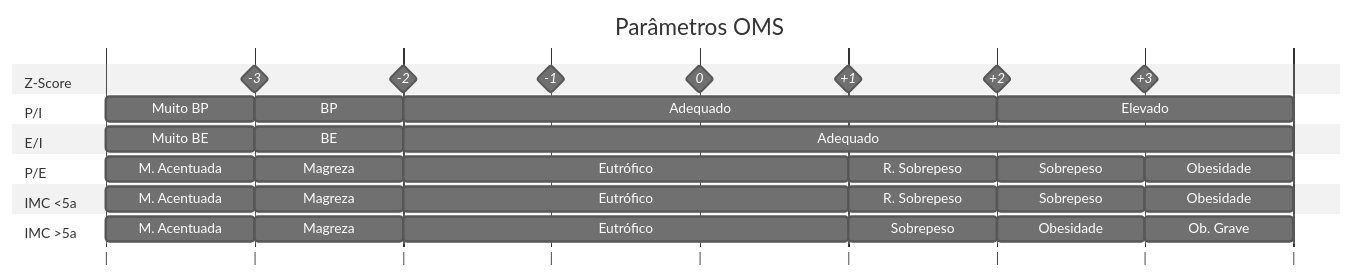
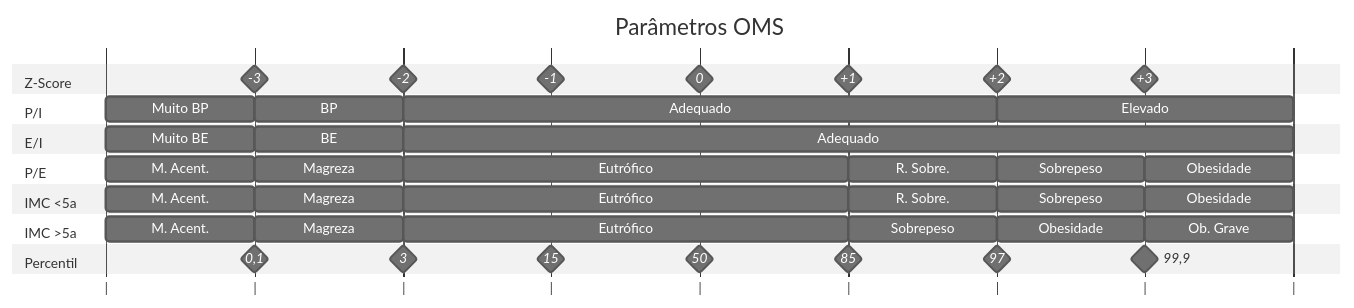
The diagram in 00_Inbox/Distúrbios do Crescimento - MEDCURSO.md (brenodantas10/MedEstudo), drawn with Mermaid (neutral theme) before and after one commit. The commit also changed other lines of this file and 3 other files, not shown here.

````diff
--- a/00_Inbox/Distúrbios do Crescimento - MEDCURSO.md
+++ b/00_Inbox/Distúrbios do Crescimento - MEDCURSO.md
@@ -22,49 +23,57 @@
 ```mermaid
 ---
 displayMode : compact
 ---
 gantt
 	title Parâmetros OMS
 	dateFormat s
 	axisFormat |
 	tickInterval 1second
 	
 	section Z-Score
 	    -3      : milestone, zn3, 1, 0s
 	    -2      : milestone, zn2, 2, 0s
 	    -1      : milestone, zn1, 3, 0s
 		0       : milestone, z0,  4, 0s
 		+1      : milestone, z1,  5, 0s
 		+2      : milestone, z2,  6, 0s
 		+3      : milestone, z3,  7, 0s
 	section P/I
 		Muito BP : a1, 0, 1
 		BP       : a2, after a1, 2
 		Adequado : a3, after a2, 6
 		Elevado  : a4, after a3, 8
 	section E/I
 		Muito BE : b1, 0, 1
 		BE       : b2, after b1, 2
 		Adequado : B3, after b2, 8
 	section P/E
-		M. Acentuada      : c1, 0, 1
+		M. Acent.         : c1, 0, 1
 		Magreza           : c2, after c1, 2
 		Eutrófico         : c3, after c2, 5
-		R. Sobrepeso      : c4, after c3, 6
+		R. Sobre.         : c4, after c3, 6
 		Sobrepeso         : c5, after c4, 7
 		Obesidade         : c6, after c5, 8
 	section IMC <5a
-		M. Acentuada      : d1, 0, 1
+		M. Acent.         : d1, 0, 1
 		Magreza           : d2, after d1, 2
 		Eutrófico         : d3, after d2, 5
-		R. Sobrepeso      : d4, after d3, 6
+		R. Sobre.         : d4, after d3, 6
 		Sobrepeso         : d5, after d4, 7
 		Obesidade         : d6, after d5, 8
 	section IMC >5a
-		M. Acentuada      : e1, 0, 1
+		M. Acent.         : e1, 0, 1
 		Magreza           : e2, after e1, 2
 		Eutrófico         : e3, after e2, 5
 		Sobrepeso         : e4, after e3, 6
 		Obesidade         : e5, after e4, 7
 		Ob. Grave         : e6, after e5, 8
+	section Percentil
+		0,1               : milestone, p001, 1, 0s
+		3                 : milestone, p030, 2, 0s
+		15                : milestone, p150, 3, 0s
+		50                : milestone, p500, 4, 0s
+		85                : milestone, p850, 5, 0s
+		97                : milestone, p970, 6, 0s
+		99,9              : milestone, p999, 7, 0s
 ```
````
